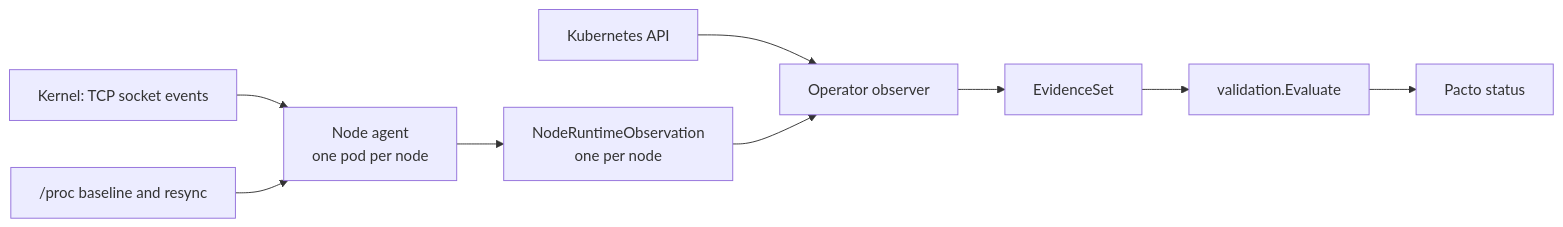
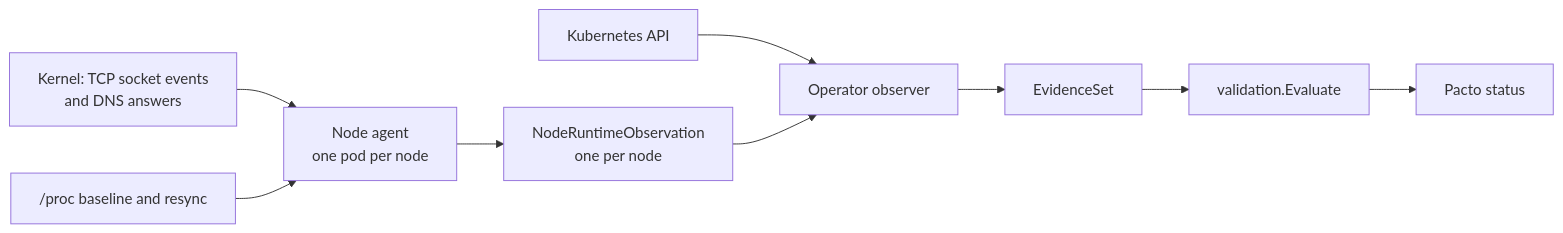
The diagram in integrations/kubernetes/docs/runtime-conformance.md (TrianaLab/pacto), drawn with Mermaid before and after one commit. The commit also changed other lines of this file and 1261 other files, not shown here.

````diff
--- a/integrations/kubernetes/docs/runtime-conformance.md
+++ b/integrations/kubernetes/docs/runtime-conformance.md
@@ -116,11 +136,11 @@
 ```mermaid
 flowchart LR
-    K["Kernel: TCP socket events"] --> A["Node agent<br/>one pod per node"]
+    K["Kernel: TCP socket events<br/>and DNS answers"] --> A["Node agent<br/>one pod per node"]
     P["/proc baseline and resync"] --> A
     A --> N["NodeRuntimeObservation<br/>one per node"]
     API["Kubernetes API"] --> O["Operator observer"]
     N --> O
     O --> E["EvidenceSet"]
     E --> V["validation.Evaluate"]
     V --> S["Pacto status"]
 ```
````
